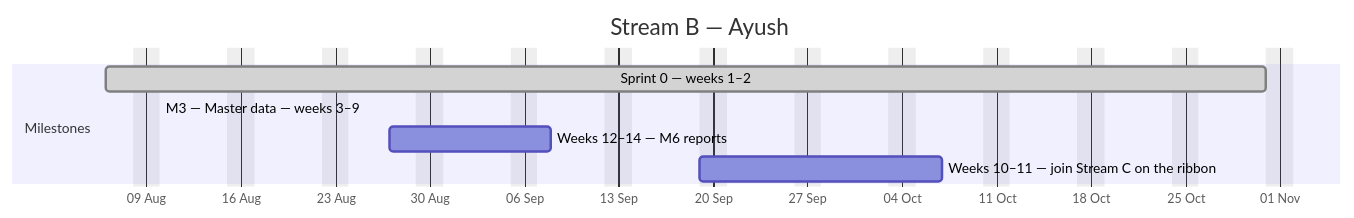
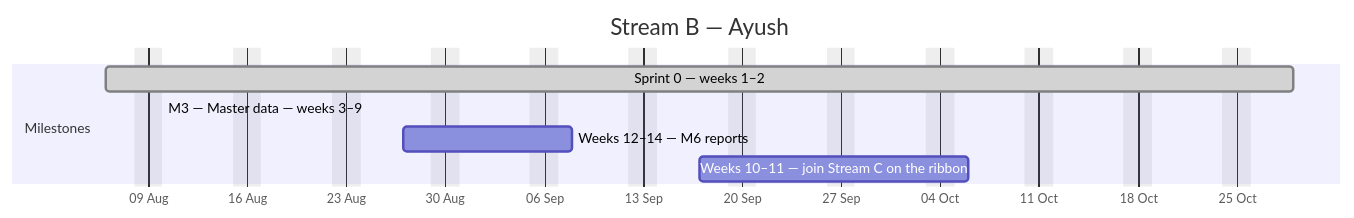
One commit to debashisedunext/EduTrack changed the second of 4 diagrams in docs/plan/GANTT.md. Above: the diagram before and after it, drawn with Mermaid. The commit also changed other lines of this file and 3 other files, not shown here.

````diff
--- a/docs/plan/GANTT.md
+++ b/docs/plan/GANTT.md
@@ -127,12 +127,12 @@
 ```mermaid
 gantt
     dateFormat YYYY-MM-DD
     axisFormat %d %b
     title Stream B — Ayush
     excludes weekends
     section Milestones
-    Sprint 0 — weeks 1–2 :done, b0, 2026-08-06, 62d
+    Sprint 0 — weeks 1–2 :done, b0, 2026-08-06, 60d
     M3 — Master data — weeks 3–9 :active, b1, 2026-08-10, -21d
     Weeks 12–14 — M6 reports :b2, 2026-08-27, 8d
-    Weeks 10–11 — join Stream C on the ribbon :b3, 2026-09-19, 13d
+    Weeks 10–11 — join Stream C on the ribbon :b3, 2026-09-17, 13d
 ```
````
